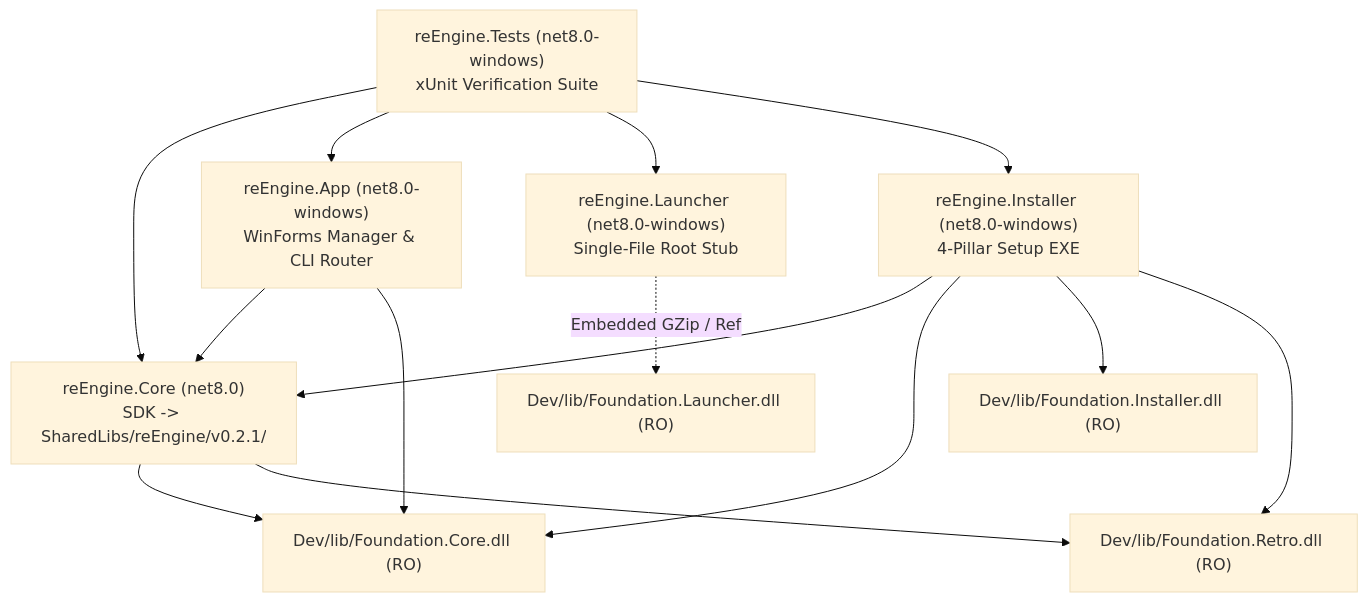
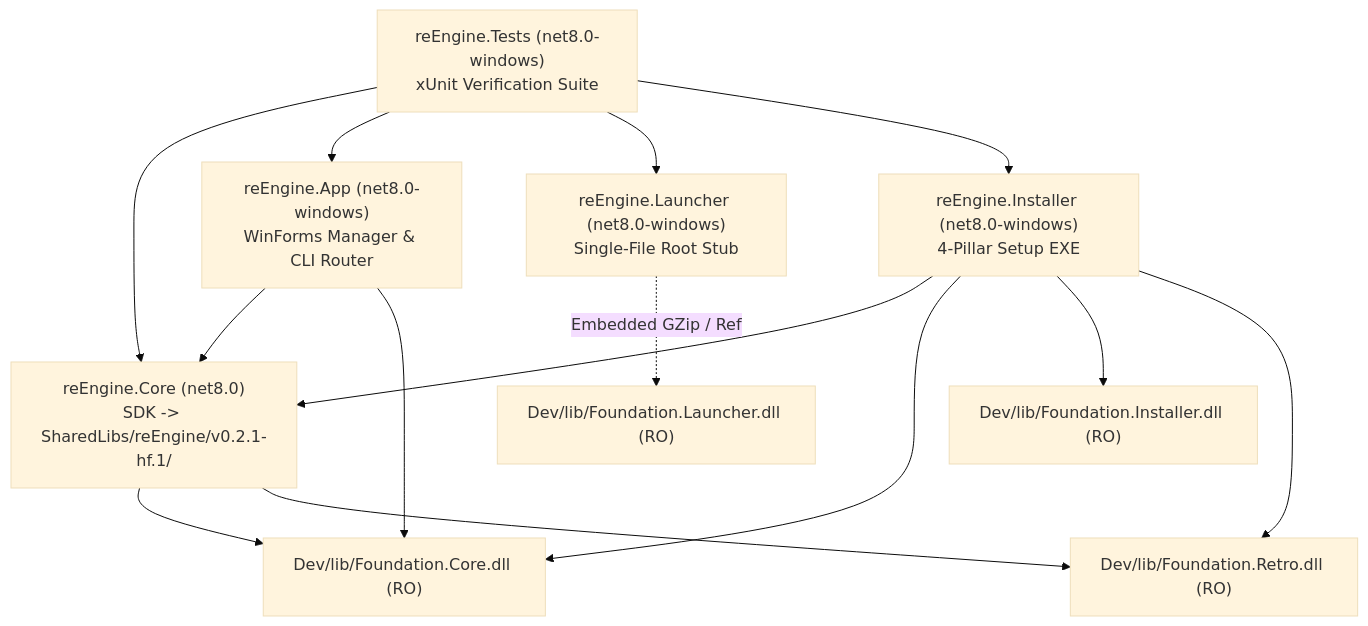
The second of 2 diagrams in Dev/docs/ARCHITECTURE.md (StreamItAllGit/reEngine), drawn with Mermaid (base theme) before and after one commit. The commit also changed other lines of this file and 75 other files, not shown here.

````diff
--- a/Dev/docs/ARCHITECTURE.md
+++ b/Dev/docs/ARCHITECTURE.md
@@ -41,27 +41,27 @@
 ```mermaid
 graph TD
     FC["Dev/lib/Foundation.Core.dll (RO)"]
     FR["Dev/lib/Foundation.Retro.dll (RO)"]
     FI["Dev/lib/Foundation.Installer.dll (RO)"]
     FL["Dev/lib/Foundation.Launcher.dll (RO)"]
 
-    Core["reEngine.Core (net8.0)\nSDK -> SharedLibs/reEngine/v0.2.1/"]
+    Core["reEngine.Core (net8.0)\nSDK -> SharedLibs/reEngine/v0.2.1-hf.1/"]
     App["reEngine.App (net8.0-windows)\nWinForms Manager & CLI Router"]
     Launcher["reEngine.Launcher (net8.0-windows)\nSingle-File Root Stub"]
     Setup["reEngine.Installer (net8.0-windows)\n4-Pillar Setup EXE"]
     Tests["reEngine.Tests (net8.0-windows)\nxUnit Verification Suite"]
 
     Core --> FC
     Core --> FR
     App --> Core
     App --> FC
     Setup --> Core
     Setup --> FC
     Setup --> FI
     Setup --> FR
     Launcher -.->|Embedded GZip / Ref| FL
     Tests --> Core
     Tests --> App
     Tests --> Launcher
     Tests --> Setup
 ```
````
